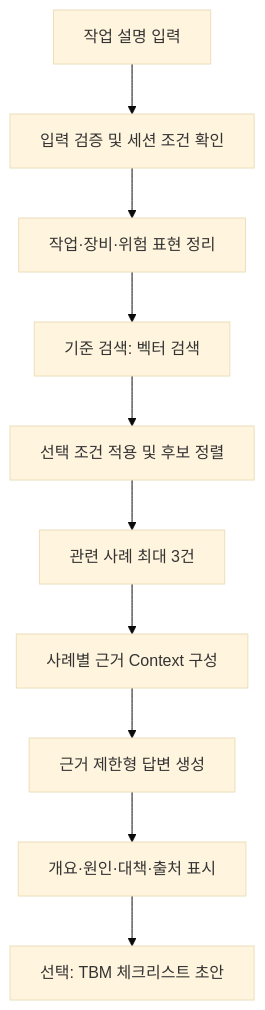
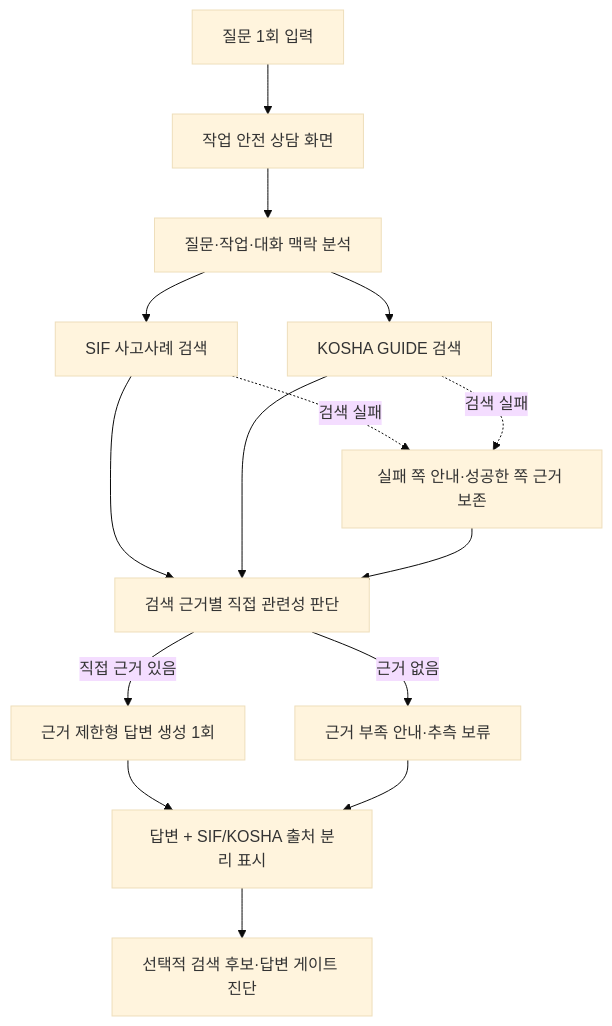
One commit to encore-ai-campus/mle-02-p1-team2 changed the first of 3 diagrams in docs/rag-architecture.md. Above: the diagram before and after it, drawn with Mermaid (base theme). The commit also changed other lines of this file and 30 other files, not shown here.

````diff
--- a/docs/rag-architecture.md
+++ b/docs/rag-architecture.md
@@ -152,12 +154,17 @@
-```mermaid
+~~~mermaid
 flowchart TD
-    U[작업 설명 입력] --> S[입력 검증 및 세션 조건 확인]
-    S --> P[작업·장비·위험 표현 정리]
-    P --> R[기준 검색: 벡터 검색]
-    R --> F[선택 조건 적용 및 후보 정렬]
-    F --> D[관련 사례 최대 3건]
-    D --> C[사례별 근거 Context 구성]
-    C --> G[근거 제한형 답변 생성]
-    G --> O[개요·원인·대책·출처 표시]
-    O --> T[선택: TBM 체크리스트 초안]
-```
+    U[질문 1회 입력] --> UI[작업 안전 상담 화면]
+    UI --> CTX[질문·작업·대화 맥락 분석]
+    CTX --> SIF[SIF 사고사례 검색]
+    CTX --> KOSHA[KOSHA GUIDE 검색]
+    SIF --> GATE[검색 근거별 직접 관련성 판단]
+    KOSHA --> GATE
+    SIF -. 검색 실패 .-> PARTIAL[실패 쪽 안내·성공한 쪽 근거 보존]
+    KOSHA -. 검색 실패 .-> PARTIAL
+    PARTIAL --> GATE
+    GATE -->|직접 근거 있음| GEN[근거 제한형 답변 생성 1회]
+    GATE -->|근거 없음| ABSTAIN[근거 부족 안내·추측 보류]
+    GEN --> OUT[답변 + SIF/KOSHA 출처 분리 표시]
+    ABSTAIN --> OUT
+    OUT --> DIAG[선택적 검색 후보·답변 게이트 진단]
+~~~
````
